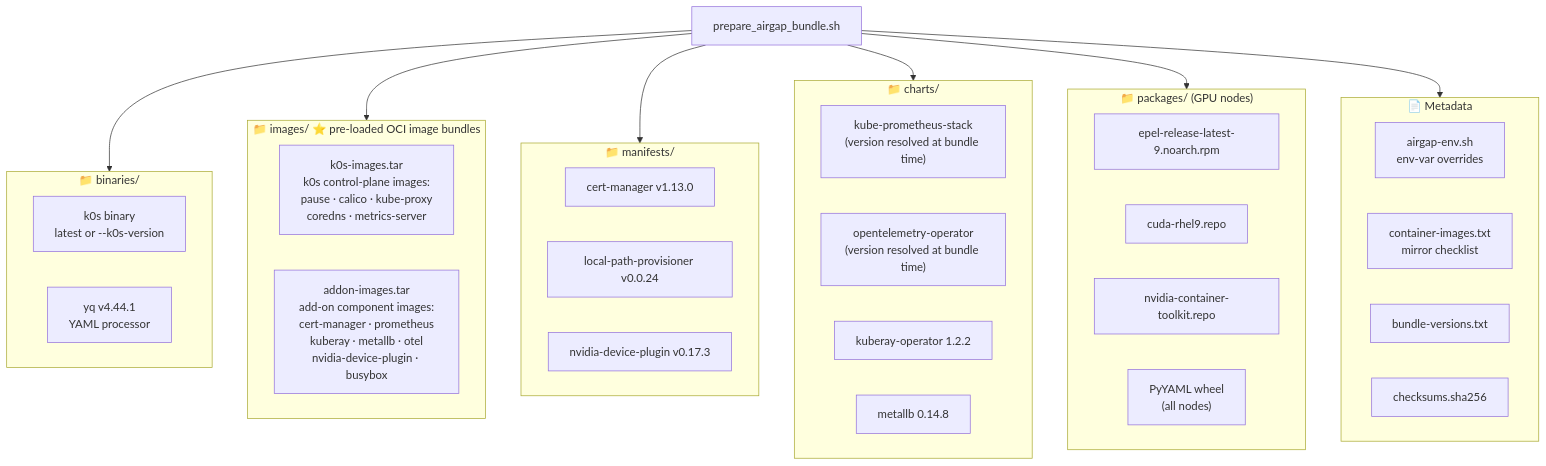
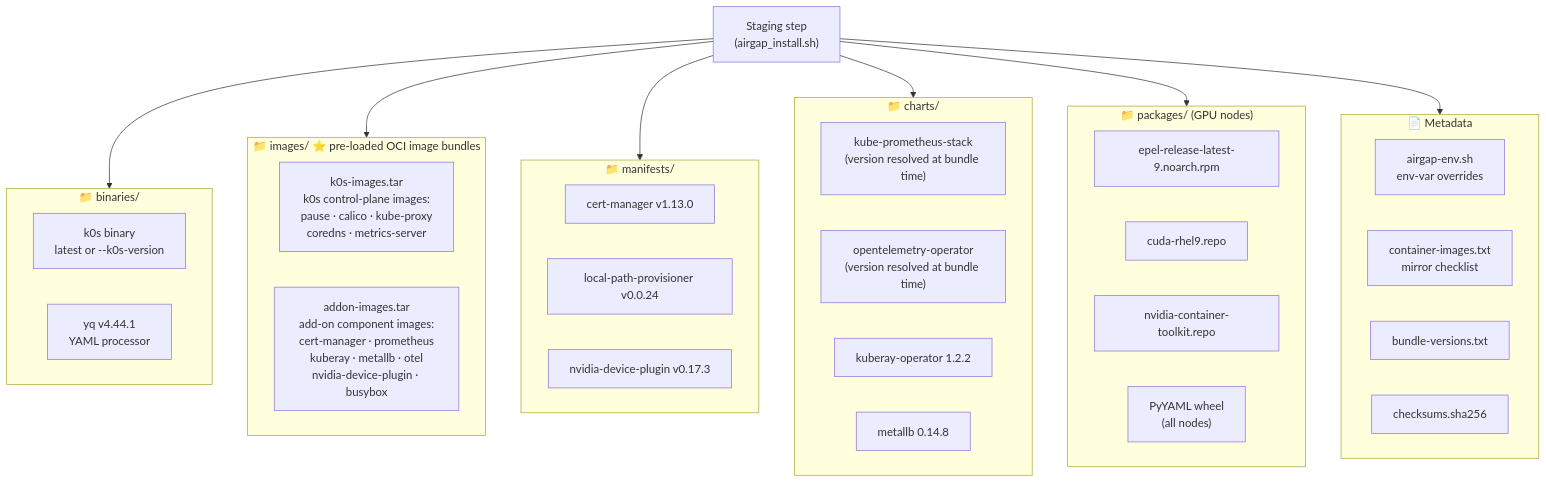
One commit to splunk/splunk-ai-operator changed the sixth of 11 diagrams in tools/cluster_setup/DEPLOYMENT_GUIDE.md. Above: the diagram before and after it, drawn with Mermaid. The commit also changed other lines of this file and 7 other files, not shown here.

````diff
--- a/tools/cluster_setup/DEPLOYMENT_GUIDE.md
+++ b/tools/cluster_setup/DEPLOYMENT_GUIDE.md
@@ -419,43 +465,43 @@
 ```mermaid
 graph TD
-    SCRIPT["prepare_airgap_bundle.sh"]
+    SCRIPT["Staging step\n(airgap_install.sh)"]
 
     subgraph BIN["📁 binaries/"]
         K0S["k0s binary\nlatest or --k0s-version"]
         YQ["yq v4.44.1\nYAML processor"]
     end
 
     subgraph IMG["📁 images/  ⭐ pre-loaded OCI image bundles"]
         K0SIMG["k0s-images.tar\nk0s control-plane images:\npause · calico · kube-proxy\ncoredns · metrics-server"]
         ADDIMG["addon-images.tar\nadd-on component images:\ncert-manager · prometheus\nkuberay · metallb · otel\nnvidia-device-plugin · busybox"]
     end
 
     subgraph MAN["📁 manifests/"]
         CERT["cert-manager v1.13.0"]
         LP["local-path-provisioner v0.0.24"]
         NDP["nvidia-device-plugin v0.17.3"]
     end
 
     subgraph CHARTS["📁 charts/"]
         PROM["kube-prometheus-stack\n(version resolved at bundle time)"]
         OTEL["opentelemetry-operator\n(version resolved at bundle time)"]
         KUBERAY["kuberay-operator 1.2.2"]
         METALLB["metallb 0.14.8"]
     end
 
     subgraph PKGS["📁 packages/  (GPU nodes)"]
         EPEL["epel-release-latest-9.noarch.rpm"]
         CUDA["cuda-rhel9.repo"]
         CTK["nvidia-container-toolkit.repo"]
         PYYAML["PyYAML wheel\n(all nodes)"]
     end
 
     subgraph META["📄 Metadata"]
         ENV["airgap-env.sh\nenv-var overrides"]
         IMGS["container-images.txt\nmirror checklist"]
         VERS["bundle-versions.txt"]
         SUMS["checksums.sha256"]
     end
 
     SCRIPT --> BIN & IMG & MAN & CHARTS & PKGS & META
 ```
````
